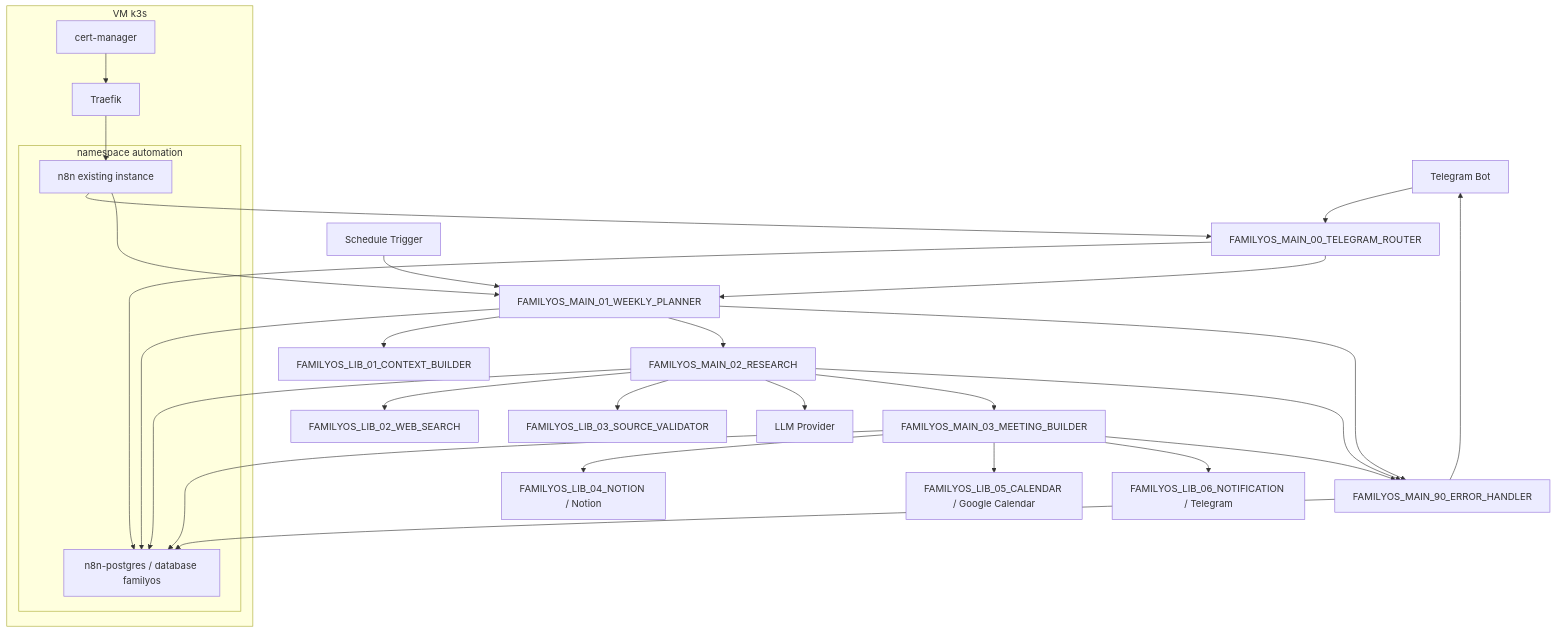
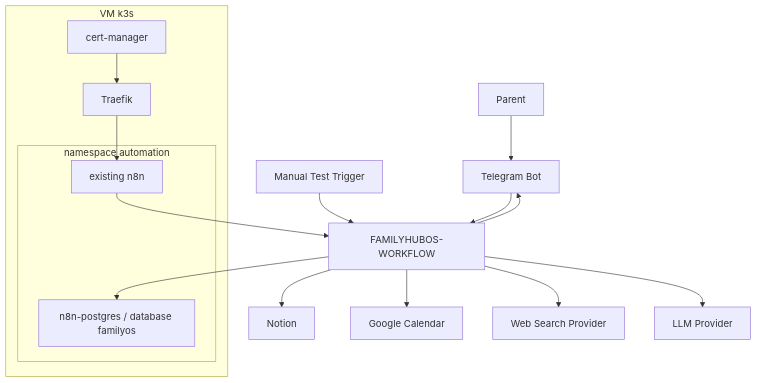
Before and after one commit to tghrayt/FamilyHubOS: the first of 2 diagrams in docs/architecture.md, drawn with Mermaid. The commit also changed other lines of this file and 34 other files, not shown here.

Commit message:
Simplify n8n to single FamilyHubOS workflow

````diff
--- a/docs/architecture.md
+++ b/docs/architecture.md
@@ -28,36 +26,25 @@
 ```mermaid
 flowchart TD
-    Telegram["Telegram Bot"] --> Router["FAMILYOS_MAIN_00_TELEGRAM_ROUTER"]
-    Schedule["Schedule Trigger"] --> Planner["FAMILYOS_MAIN_01_WEEKLY_PLANNER"]
+    Parent["Parent"] --> Telegram["Telegram Bot"]
+    Telegram --> Workflow["FAMILYHUBOS-WORKFLOW"]
+    Manual["Manual Test Trigger"] --> Workflow
+
     subgraph K3S["VM k3s"]
-    subgraph Automation["namespace automation"]
-    N8N["n8n existing instance"]
-    FamilyDb["n8n-postgres / database familyos"]
+      subgraph Automation["namespace automation"]
+        N8N["existing n8n"]
+        FamilyDb["n8n-postgres / database familyos"]
+      end
+      Traefik["Traefik"]
+      CertManager["cert-manager"]
     end
-    Traefik["Traefik"]
-    CertManager["cert-manager"]
-    end
+
     Traefik --> N8N
     CertManager --> Traefik
-    N8N --> Router
-    N8N --> Planner
-    Router --> Planner
-    Planner --> Context["FAMILYOS_LIB_01_CONTEXT_BUILDER"]
-    Planner --> Research["FAMILYOS_MAIN_02_RESEARCH"]
-    Research --> WebSearch["FAMILYOS_LIB_02_WEB_SEARCH"]
-    Research --> Validator["FAMILYOS_LIB_03_SOURCE_VALIDATOR"]
-    Research --> LLM["LLM Provider"]
-    Research --> Builder["FAMILYOS_MAIN_03_MEETING_BUILDER"]
-    Builder --> Notion["FAMILYOS_LIB_04_NOTION / Notion"]
-    Builder --> Calendar["FAMILYOS_LIB_05_CALENDAR / Google Calendar"]
-    Builder --> Notify["FAMILYOS_LIB_06_NOTIFICATION / Telegram"]
-    Planner --> FamilyDb
-    Research --> FamilyDb
-    Builder --> FamilyDb
-    Router --> FamilyDb
-    Planner --> ErrorHandler["FAMILYOS_MAIN_90_ERROR_HANDLER"]
-    Research --> ErrorHandler
-    Builder --> ErrorHandler
-    ErrorHandler --> FamilyDb
-    ErrorHandler --> Telegram
+    N8N --> Workflow
+    Workflow --> FamilyDb
+    Workflow --> Notion["Notion"]
+    Workflow --> Calendar["Google Calendar"]
+    Workflow --> Search["Web Search Provider"]
+    Workflow --> LLM["LLM Provider"]
+    Workflow --> Telegram
 ```
````
